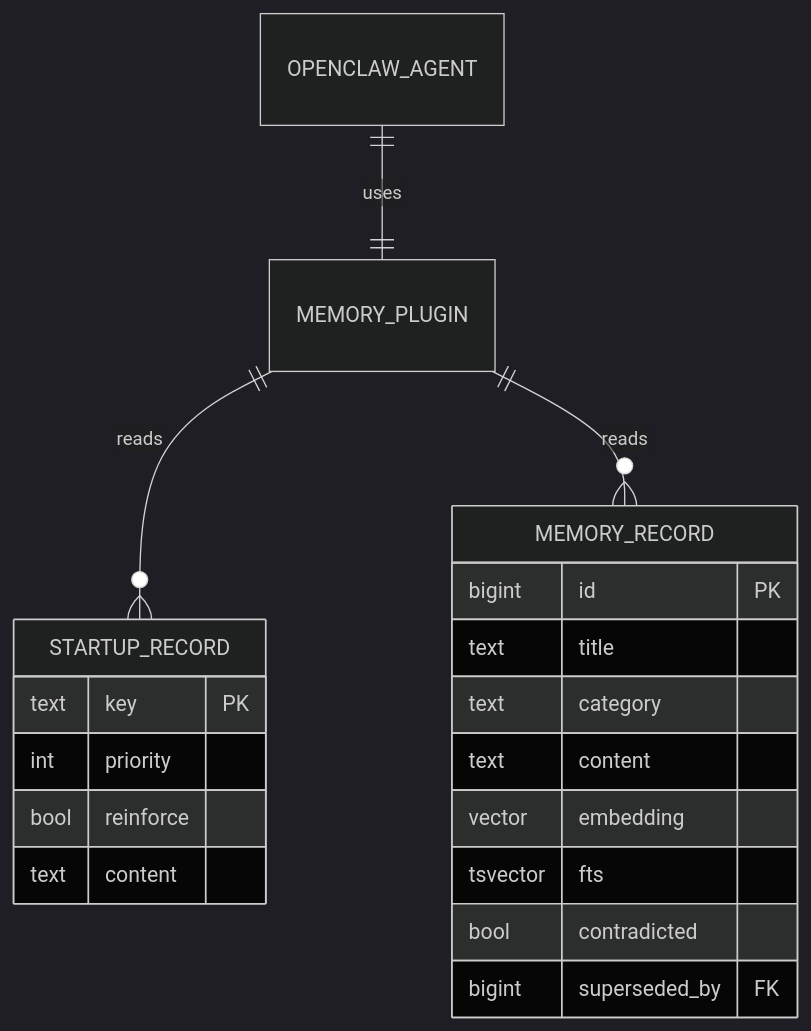
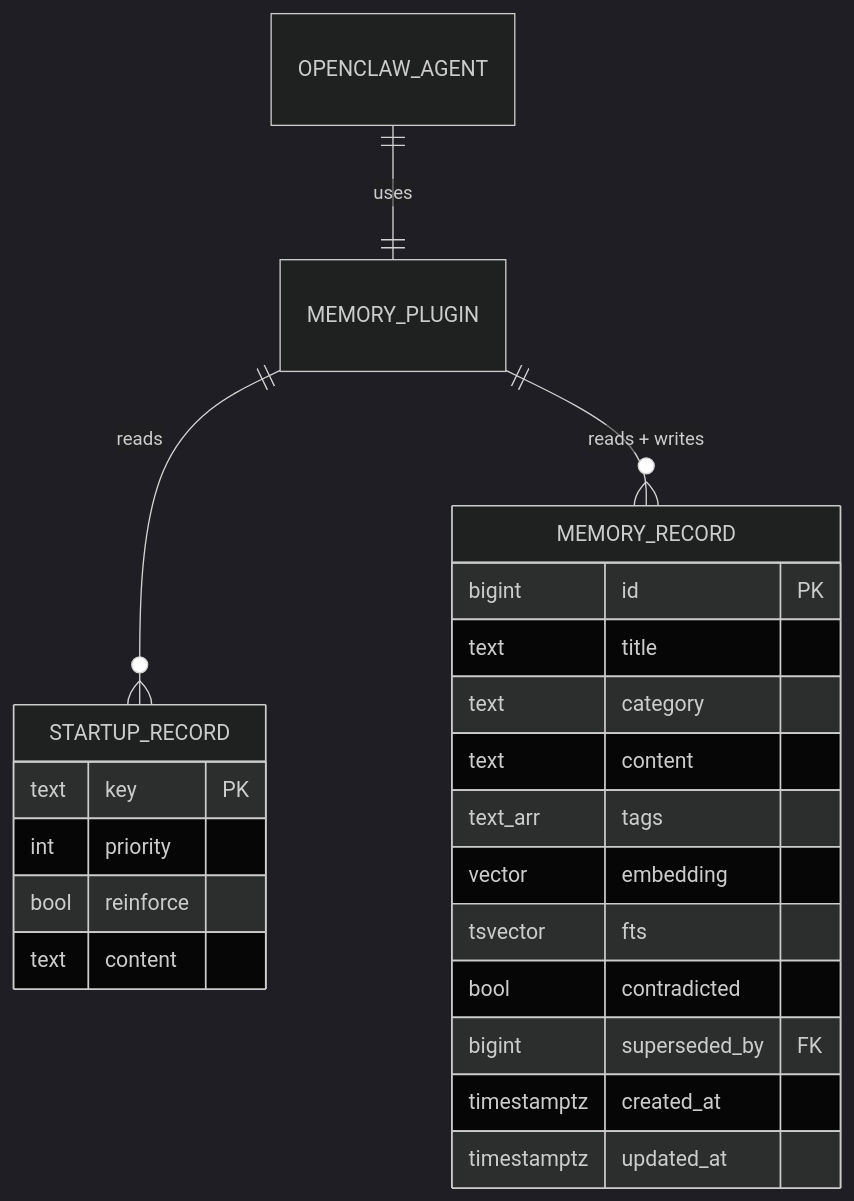
Before and after one commit to jamesdwilson/Sh4d0wDB: the third of 3 diagrams in README.md, drawn with Mermaid (dark theme). The commit also changed other lines of this file and 5 other files, not shown here.

````diff
--- a/README.md
+++ b/README.md
@@ -132,24 +138,27 @@
 ```mermaid
 erDiagram
     OPENCLAW_AGENT ||--|| MEMORY_PLUGIN : uses
     MEMORY_PLUGIN ||--o{ STARTUP_RECORD : reads
-    MEMORY_PLUGIN ||--o{ MEMORY_RECORD : reads
+    MEMORY_PLUGIN ||--o{ MEMORY_RECORD : "reads + writes"
 
     STARTUP_RECORD {
       text key PK
       int priority
       bool reinforce
       text content
     }
 
     MEMORY_RECORD {
       bigint id PK
       text title
       text category
       text content
+      text_arr tags
       vector embedding
       tsvector fts
       bool contradicted
       bigint superseded_by FK
+      timestamptz created_at
+      timestamptz updated_at
     }
 ```
````
